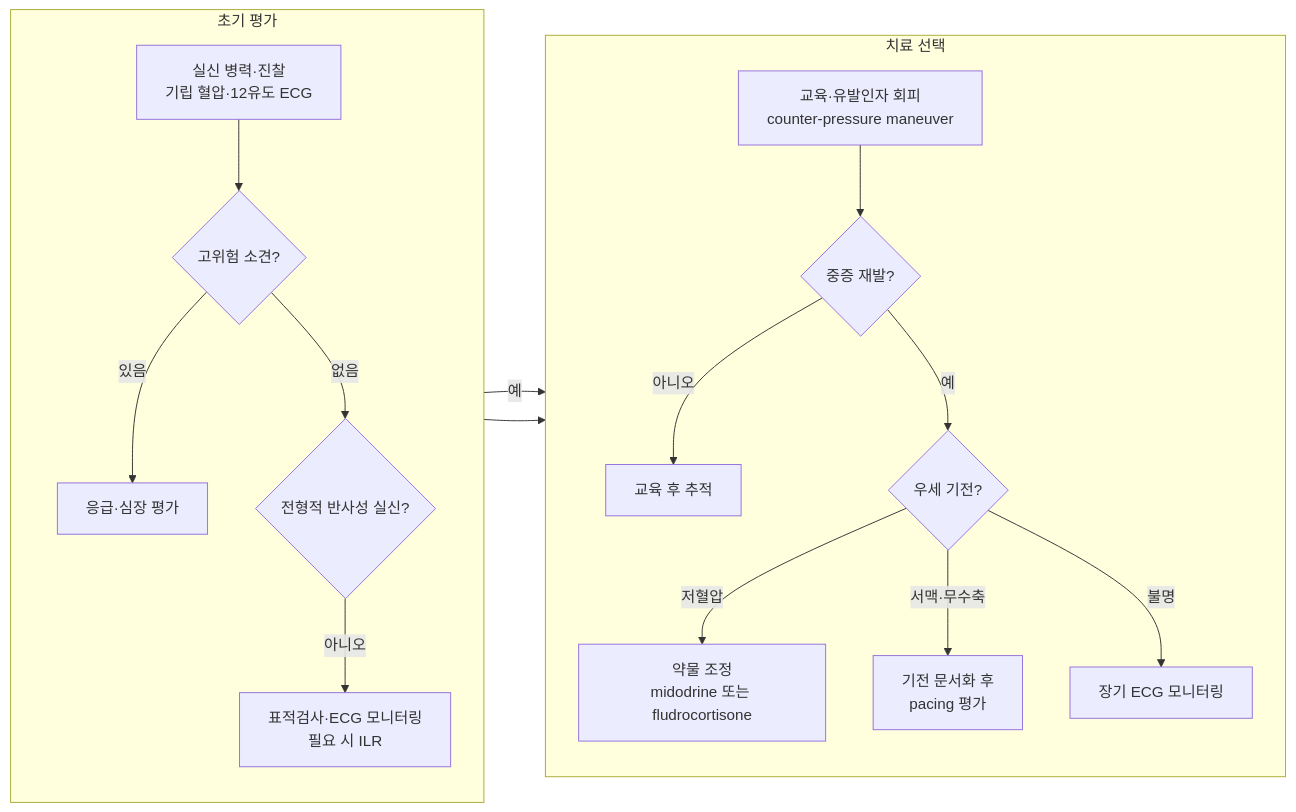
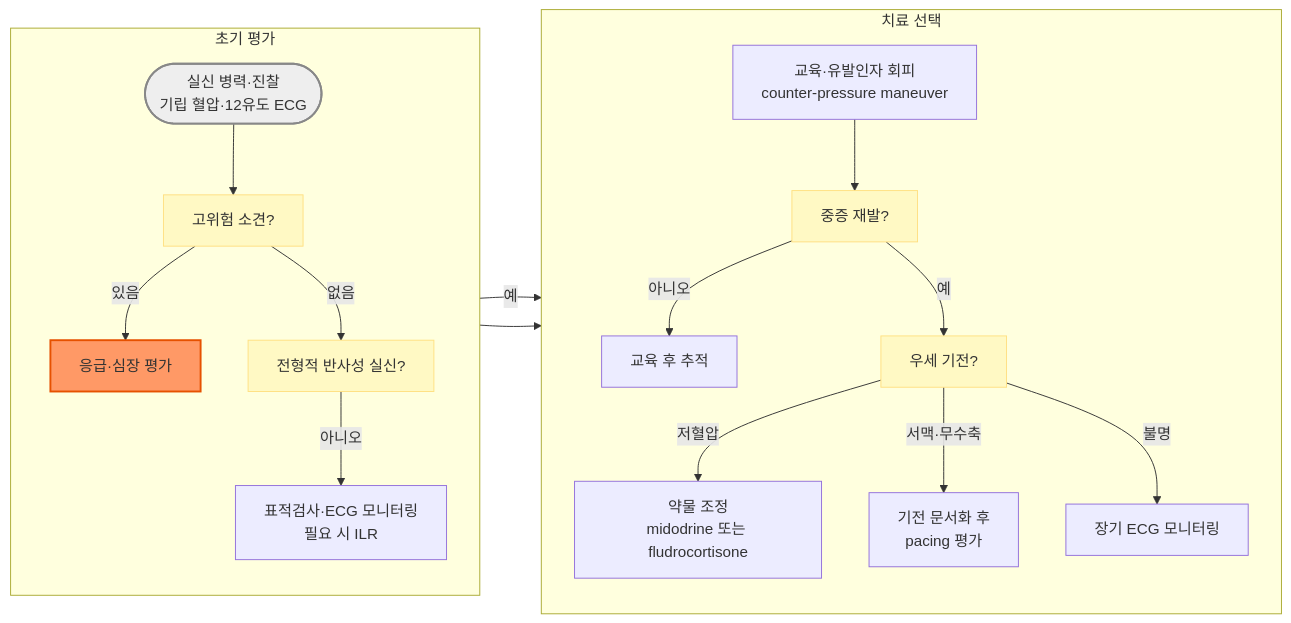
One commit to familyoh77/familyoh77 changed the diagram in 221_/022_-reflex-syncope.md. Above: the diagram before and after it, drawn with Mermaid. The commit also changed other lines of this file, not shown here.

````diff
--- a/221_/022_-reflex-syncope.md
+++ b/221_/022_-reflex-syncope.md
@@ -127,21 +124,28 @@
 ```mermaid
 flowchart LR
     subgraph DX["초기 평가"]
         direction TB
-        A["실신 병력·진찰<br/>기립 혈압·12유도 ECG"] --> B{"고위험 소견?"}
+        A(["실신 병력·진찰<br/>기립 혈압·12유도 ECG"]) --> B["고위험 소견?"]
         B -->|있음| C["응급·심장 평가"]
-        B -->|없음| D{"전형적 반사성 실신?"}
+        B -->|없음| D["전형적 반사성 실신?"]
         D -->|아니오| E["표적검사·ECG 모니터링<br/>필요 시 ILR"]
     end
     subgraph TX["치료 선택"]
         direction TB
-        F["교육·유발인자 회피<br/>counter-pressure maneuver"] --> G{"중증 재발?"}
+        F["교육·유발인자 회피<br/>counter-pressure maneuver"] --> G["중증 재발?"]
         G -->|아니오| H["교육 후 추적"]
-        G -->|예| I{"우세 기전?"}
+        G -->|예| I["우세 기전?"]
         I -->|저혈압| J["약물 조정<br/>midodrine 또는 fludrocortisone"]
         I -->|서맥·무수축| K["기전 문서화 후<br/>pacing 평가"]
         I -->|불명| L["장기 ECG 모니터링"]
     end
     D -->|예| F
     E --> L
+
+    classDef startNode fill:#eeeeee,stroke:#888888,stroke-width:2px
+    classDef questionNode fill:#fff9c4,stroke:#ffe082
+    classDef urgentNode fill:#f96,stroke:#e65100,stroke-width:2px
+    class A startNode
+    class B,D,G,I questionNode
+    class C urgentNode
 ```
````
